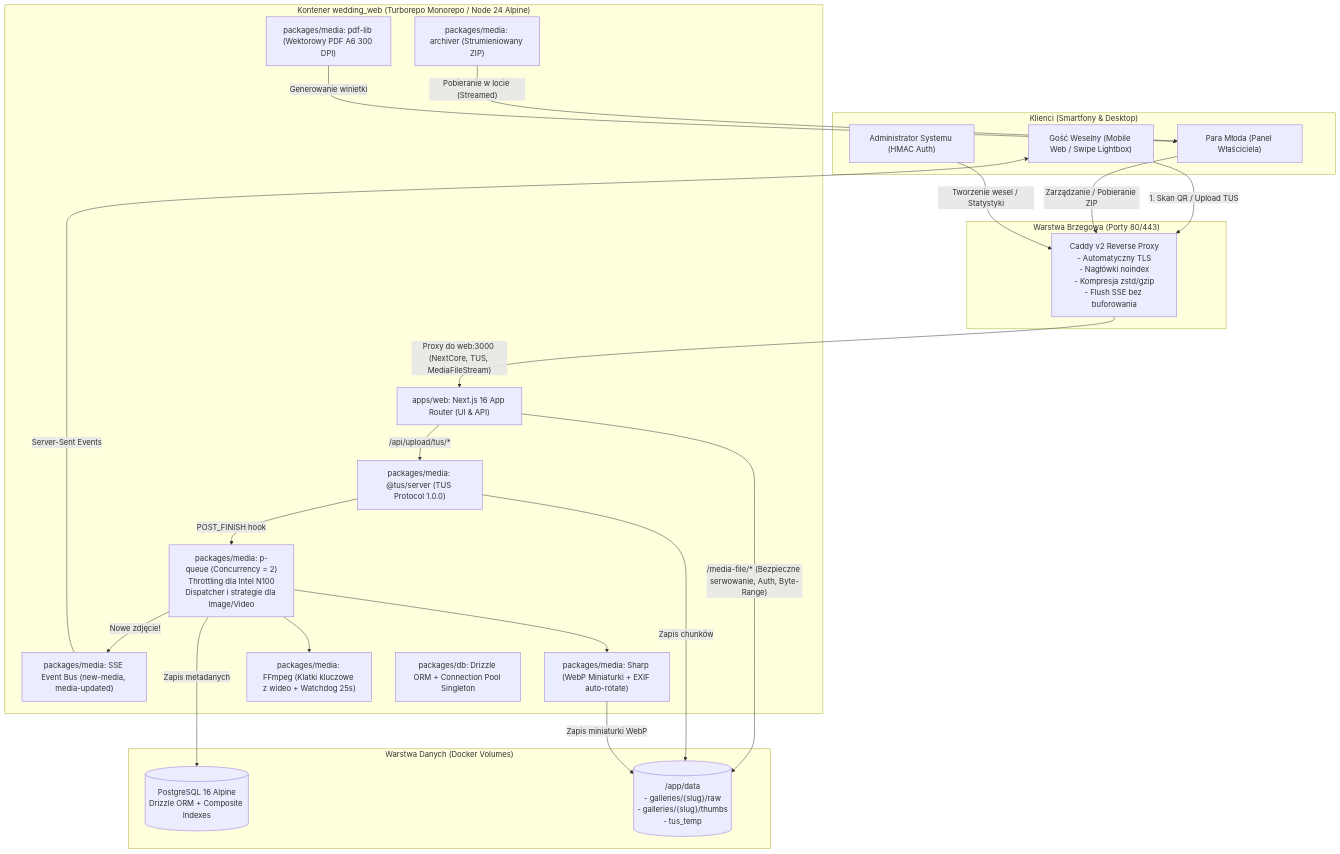
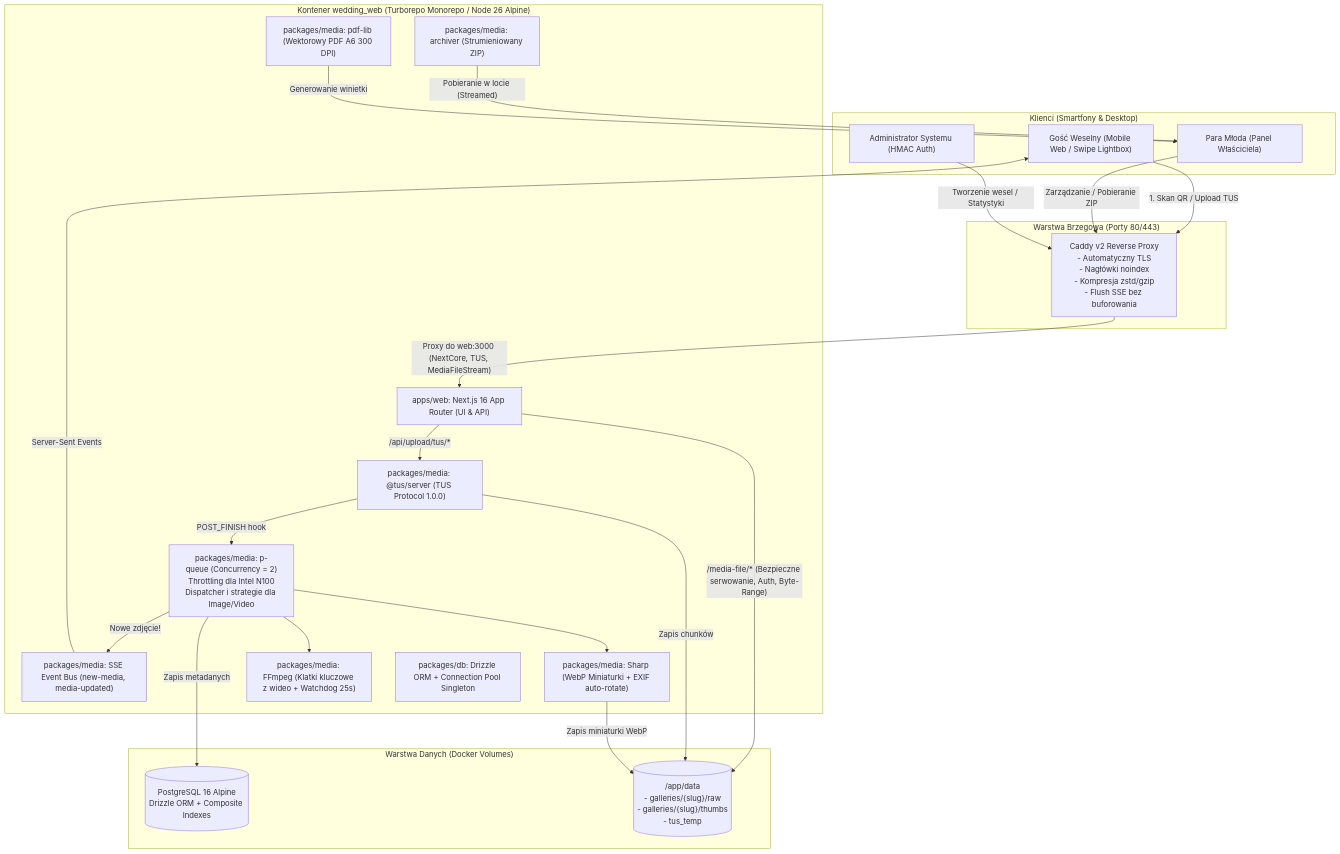
Before and after one commit to p4cino/wedding-drop: the diagram in DOCUMENTATION.md, drawn with Mermaid. The commit also changed other lines of this file and 19 other files, not shown here.

Commit message:
chore(release): v1.3.1 — migracja do Node.js 26 LTS (node:26-alpine) i łatki CVE/GHSA z 2026 (#74)

````diff
--- a/DOCUMENTATION.md
+++ b/DOCUMENTATION.md
@@ -21,49 +21,49 @@
 ```mermaid
 graph TD
     subgraph "Klienci (Smartfony & Desktop)"
         Guest["Gość Weselny (Mobile Web / Swipe Lightbox)"]
         Couple["Para Młoda (Panel Właściciela)"]
         Admin["Administrator Systemu (HMAC Auth)"]
     end
 
     subgraph "Warstwa Brzegowa (Porty 80/443)"
         Caddy["Caddy v2 Reverse Proxy\n- Automatyczny TLS\n- Nagłówki noindex\n- Kompresja zstd/gzip\n- Flush SSE bez buforowania"]
     end
 
-    subgraph "Kontener wedding_web (Turborepo Monorepo / Node 24 Alpine)"
+    subgraph "Kontener wedding_web (Turborepo Monorepo / Node 26 Alpine)"
         NextCore["apps/web: Next.js 16 App Router (UI & API)"]
         TusServer["packages/media: @tus/server (TUS Protocol 1.0.0)"]
         SSEBus["packages/media: SSE Event Bus (new-media, media-updated)"]
         PdfGen["packages/media: pdf-lib (Wektorowy PDF A6 300 DPI)"]
         ZipStream["packages/media: archiver (Strumieniowany ZIP)"]
         MediaQueue["packages/media: p-queue (Concurrency = 2)\nThrottling dla Intel N100\nDispatcher i strategie dla Image/Video"]
         Sharp["packages/media: Sharp (WebP Miniaturki + EXIF auto-rotate)"]
         FFmpeg["packages/media: FFmpeg (Klatki kluczowe z wideo + Watchdog 25s)"]
         DbPkg["packages/db: Drizzle ORM + Connection Pool Singleton"]
     end
 
     subgraph "Warstwa Danych (Docker Volumes)"
         Postgres[("PostgreSQL 16 Alpine\nDrizzle ORM + Composite Indexes")]
         Filesystem[("/app/data\n- galleries/{slug}/raw\n- galleries/{slug}/thumbs\n- tus_temp")]
     end
 
     Guest -->|"1. Skan QR / Upload TUS"| Caddy
     Couple -->|"Zarządzanie / Pobieranie ZIP"| Caddy
     Admin -->|"Tworzenie wesel / Statystyki"| Caddy
 
     Caddy -->|"Proxy do web:3000 (NextCore, TUS, MediaFileStream)"| NextCore
     NextCore -->|"/api/upload/tus/*"| TusServer
     NextCore -->|"/media-file/* (Bezpieczne serwowanie, Auth, Byte-Range)"| Filesystem
 
     TusServer -->|"Zapis chunków"| Filesystem
     TusServer -->|"POST_FINISH hook"| MediaQueue
     MediaQueue --> Sharp
     MediaQueue --> FFmpeg
     Sharp -->|"Zapis miniaturki WebP"| Filesystem
     MediaQueue -->|"Zapis metadanych"| Postgres
     MediaQueue -->|"Nowe zdjęcie!"| SSEBus
     SSEBus -->|"Server-Sent Events"| Guest
 
     ZipStream -->|"Pobieranie w locie (Streamed)"| Couple
     PdfGen -->|"Generowanie winietki"| Couple
 ```
````
